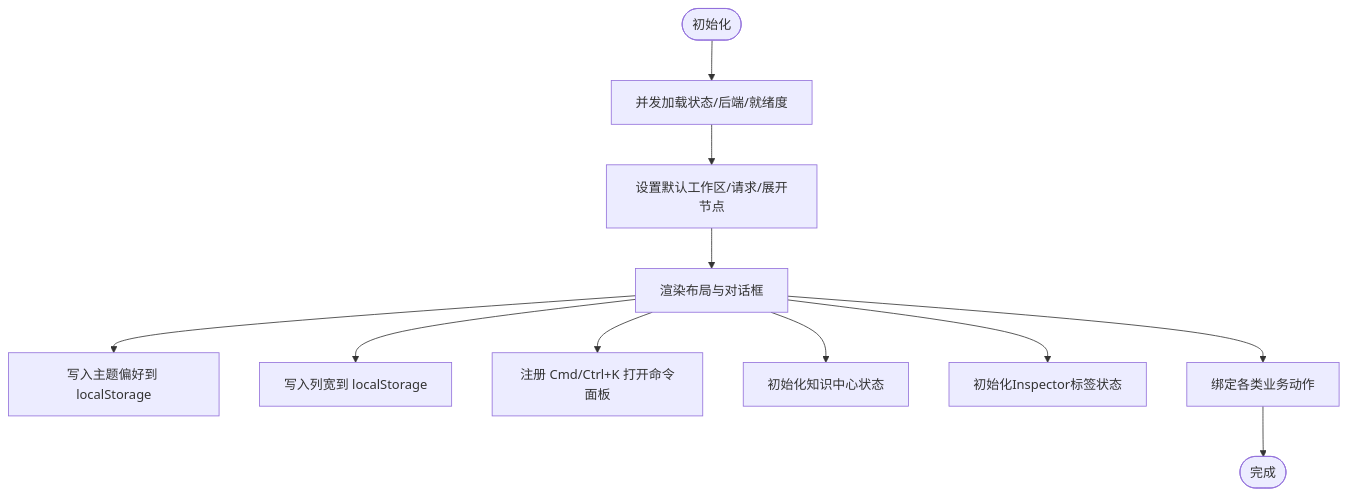
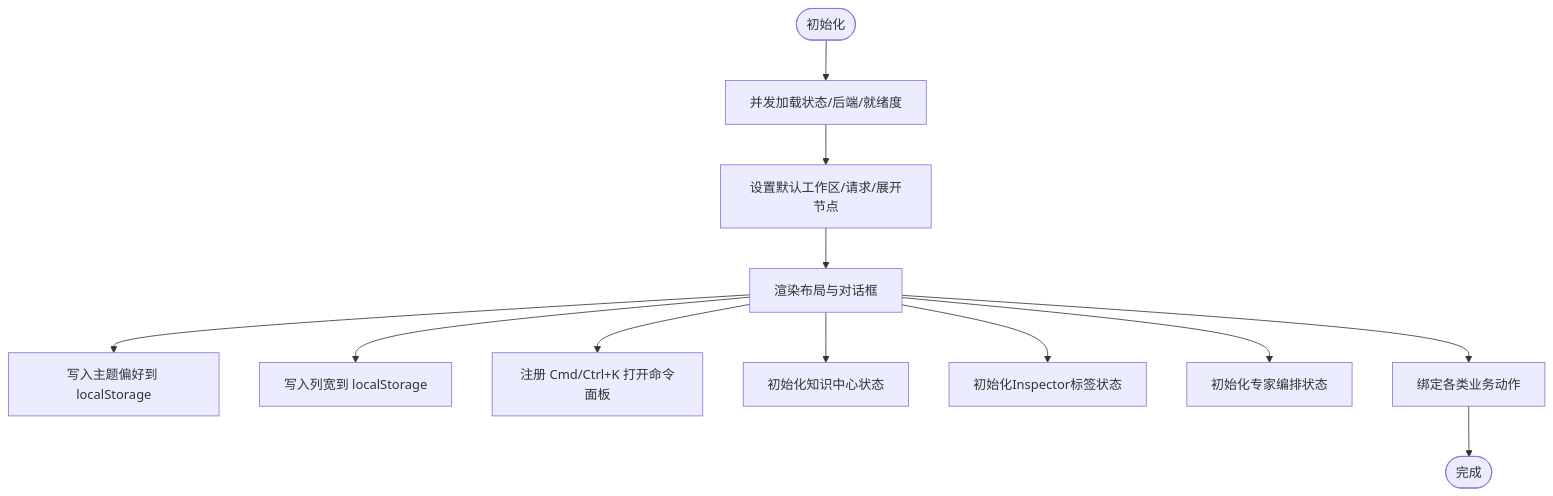
The third of 22 diagrams in .qoder/repowiki/zh/content/Web 前端应用/Web 前端应用.md (coconilu/RepoHelm), drawn with Mermaid before and after one commit. The commit also changed other lines of this file and 14 other files, not shown here.

````diff
--- a/.qoder/repowiki/zh/content/Web 前端应用/Web 前端应用.md
+++ b/.qoder/repowiki/zh/content/Web 前端应用/Web 前端应用.md
@@ -244,13 +325,14 @@
 ```mermaid
 flowchart TD
 Start(["初始化"]) --> Load["并发加载状态/后端/就绪度"]
 Load --> SetDefaults["设置默认工作区/请求/展开节点"]
 SetDefaults --> Render["渲染布局与对话框"]
 Render --> ThemePersist["写入主题偏好到 localStorage"]
 Render --> WidthPersist["写入列宽到 localStorage"]
 Render --> Hotkey["注册 Cmd/Ctrl+K 打开命令面板"]
 Render --> KnowledgeState["初始化知识中心状态"]
 Render --> InspectorState["初始化Inspector标签状态"]
+Render --> ExpertState["初始化专家编排状态"]
 Render --> Actions["绑定各类业务动作"]
 Actions --> End(["完成"])
 ```
````
